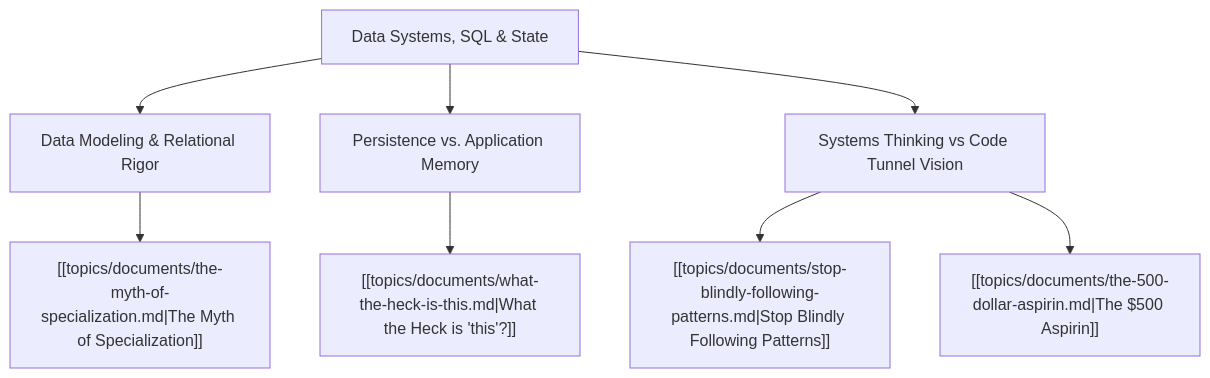
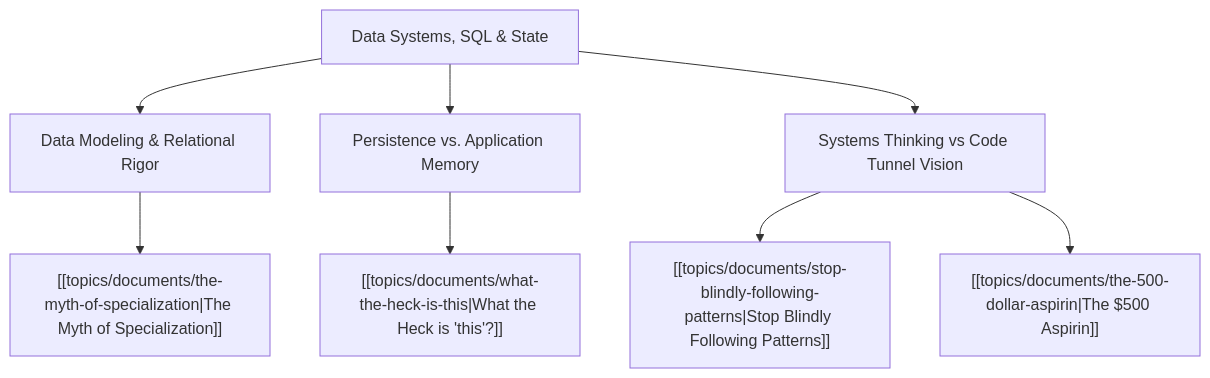
One commit to cstroliadavis/social-media-ideas changed the diagram in topics/themes/sql.md. Above: the diagram before and after it, drawn with Mermaid. The commit also changed other lines of this file and 25 other files, not shown here.

````diff
--- a/topics/themes/sql.md
+++ b/topics/themes/sql.md
@@ -12,13 +21,13 @@
 ```mermaid
 graph TD
     DATA["Data Systems, SQL & State"]
     
     DATA --> MODELING["Data Modeling & Relational Rigor"]
     DATA --> PERSISTENCE["Persistence vs. Application Memory"]
     DATA --> COMPACTION["Systems Thinking vs Code Tunnel Vision"]
     
-    MODELING --> D1["[[topics/documents/the-myth-of-specialization.md|The Myth of Specialization]]"]
-    PERSISTENCE --> D2["[[topics/documents/what-the-heck-is-this.md|What the Heck is 'this'?]]"]
-    COMPACTION --> D3["[[topics/documents/stop-blindly-following-patterns.md|Stop Blindly Following Patterns]]"]
-    COMPACTION --> D4["[[topics/documents/the-500-dollar-aspirin.md|The $500 Aspirin]]"]
+    MODELING --> D1["[[topics/documents/the-myth-of-specialization|The Myth of Specialization]]"]
+    PERSISTENCE --> D2["[[topics/documents/what-the-heck-is-this|What the Heck is 'this'?]]"]
+    COMPACTION --> D3["[[topics/documents/stop-blindly-following-patterns|Stop Blindly Following Patterns]]"]
+    COMPACTION --> D4["[[topics/documents/the-500-dollar-aspirin|The $500 Aspirin]]"]
 ```
````
